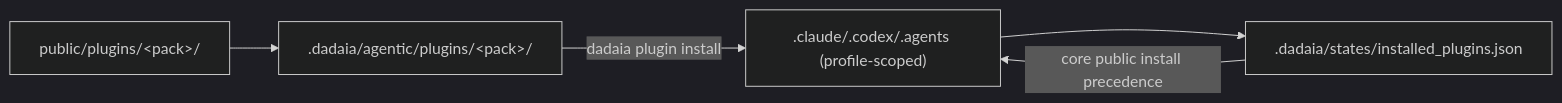
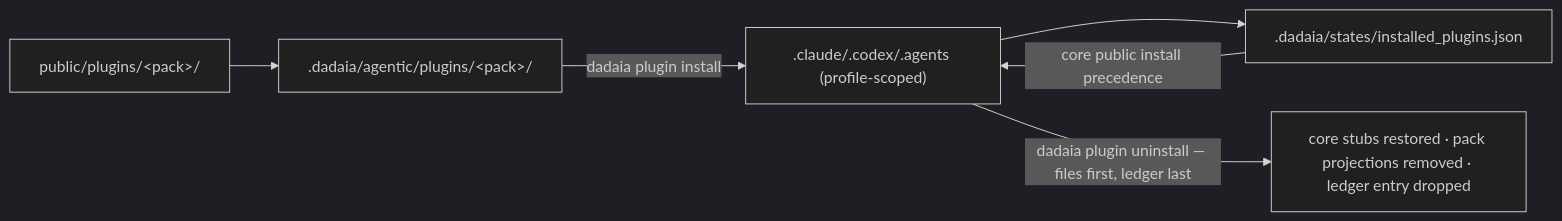
The diagram in specs/memory/product/distribution/plugin-packs.md (marcoaureliomenezes/dadaia-workspace), drawn with Mermaid (dark theme) before and after one commit. The commit also changed other lines of this file and 14 other files, not shown here.

````diff
--- a/specs/memory/product/distribution/plugin-packs.md
+++ b/specs/memory/product/distribution/plugin-packs.md
@@ -49,7 +67,8 @@
 ```mermaid
 flowchart LR
   SRC["public/plugins/&lt;pack&gt;/"] --> STAGE[".dadaia/agentic/plugins/&lt;pack&gt;/"]
   STAGE -->|dadaia plugin install| PROJ[".claude/.codex/.agents (profile-scoped)"]
   PROJ --> LEDGER[".dadaia/states/installed_plugins.json"]
   LEDGER -->|core public install precedence| PROJ
+  PROJ -->|dadaia plugin uninstall — files first, ledger last| STUB["core stubs restored · pack projections removed · ledger entry dropped"]
 ```
````
